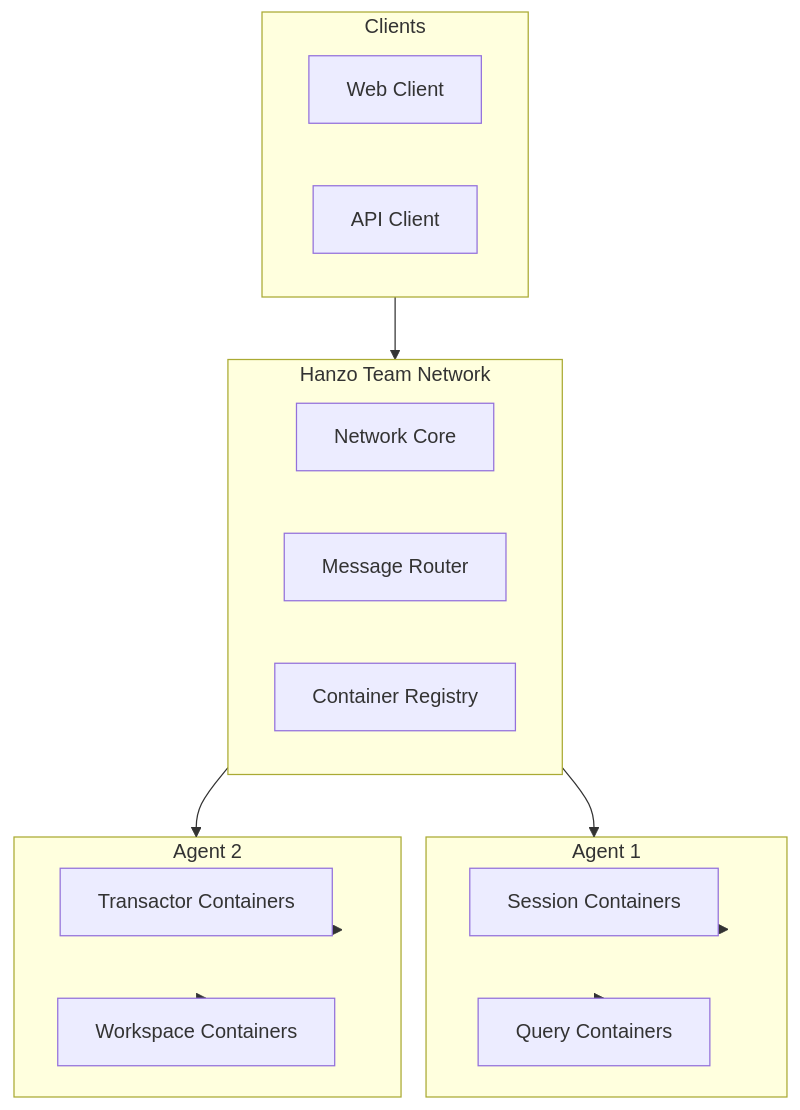
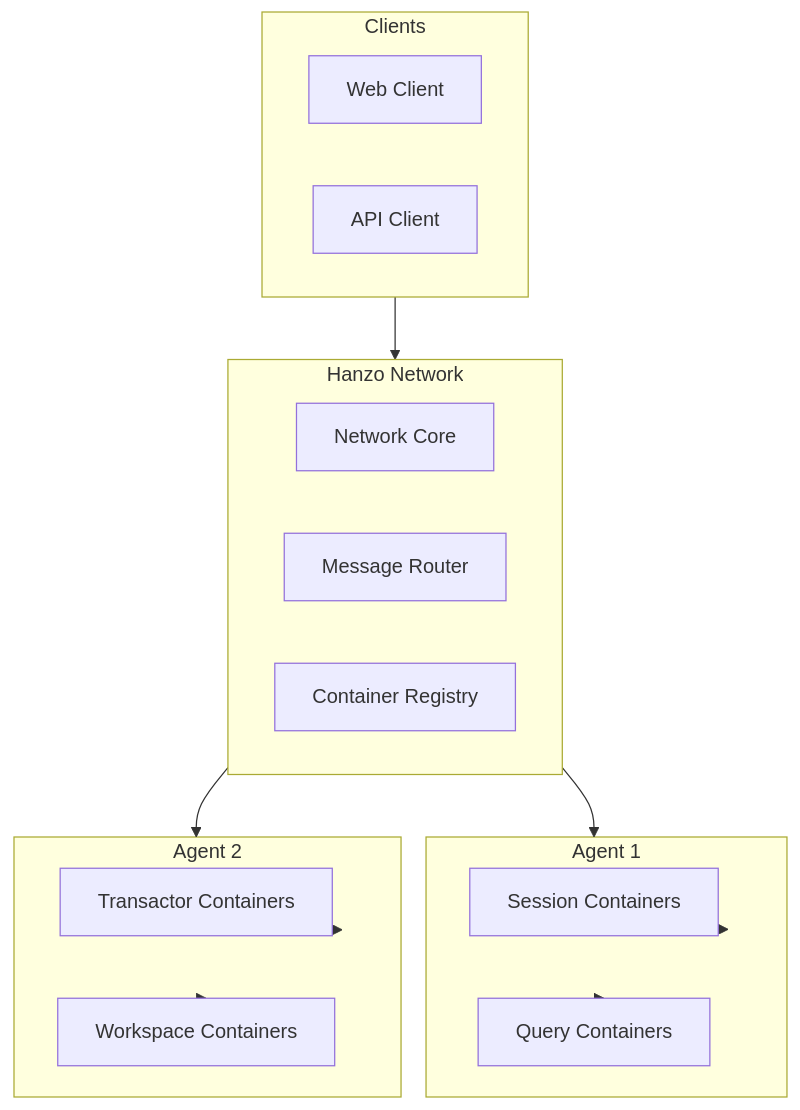
The second of 2 diagrams in foundations/net/README.md (hanzoai/team), drawn with Mermaid before and after one commit. The commit also changed other lines of this file and 57 other files, not shown here.

````diff
--- a/foundations/net/README.md
+++ b/foundations/net/README.md
@@ -207,32 +207,32 @@
 ```mermaid
 flowchart TB
-  subgraph Network["Hanzo Team Network"]
+  subgraph Network["Hanzo Network"]
     NetworkCore["Network Core"]
     Router["Message Router"]
     Registry["Container Registry"]
   end
 
   subgraph Agent1["Agent 1"]
     A1_Session["Session Containers"]
     A1_Query["Query Containers"]
   end
 
   subgraph Agent2["Agent 2"]
     A2_Transactor["Transactor Containers"]
     A2_Workspace["Workspace Containers"]
   end
 
   subgraph Client["Clients"]
     WebClient["Web Client"]
     APIClient["API Client"]
   end
 
   Client --> Network
   Network --> Agent1
   Network --> Agent2
 
   Agent1 --> A1_Session
   Agent1 --> A1_Query
   Agent2 --> A2_Transactor
   Agent2 --> A2_Workspace
 ```
````
